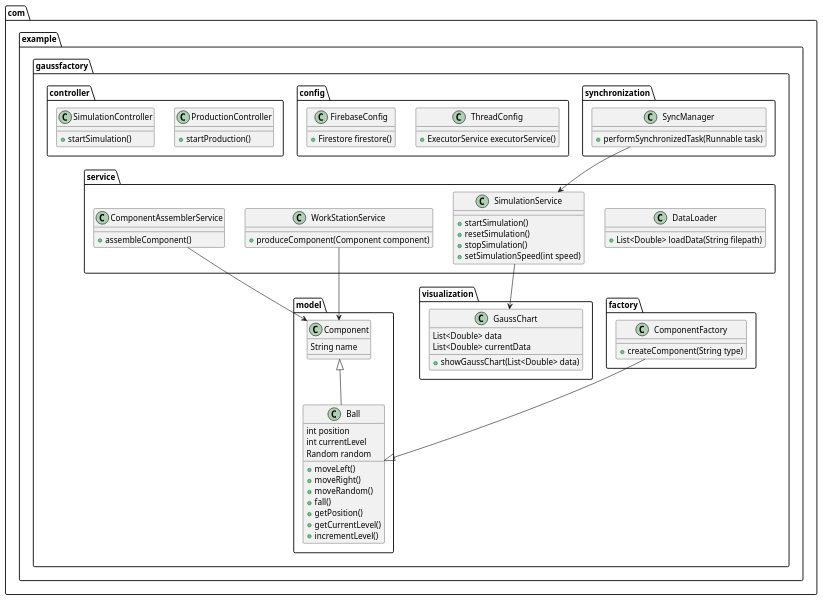
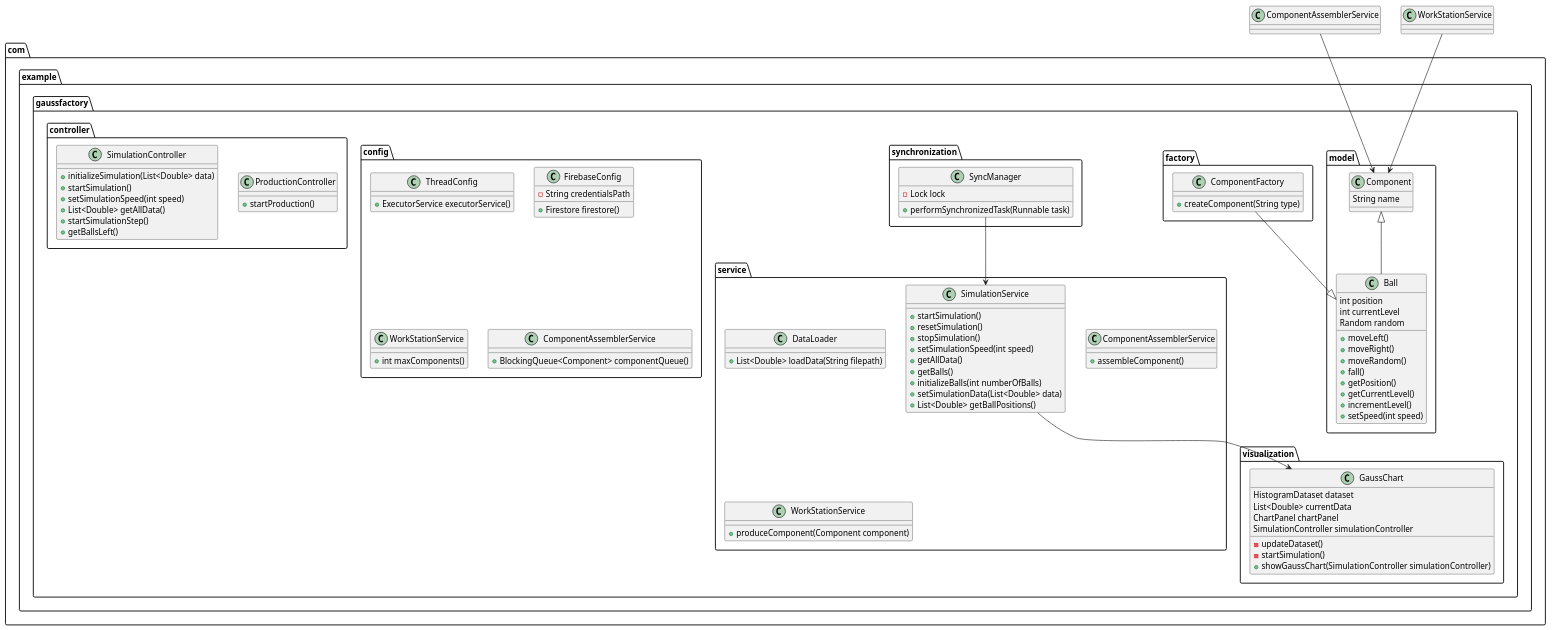
Before and after one commit to Tapiiaa/gaussfactoryExam: the diagram in src/main/java/com/example/gaussfactory/UML/Galton.puml, drawn with PlantUML. The commit also changed 1 other file, not shown here.

```diff
--- a/src/main/java/com/example/gaussfactory/UML/Galton.puml
+++ b/src/main/java/com/example/gaussfactory/UML/Galton.puml
@@ -1,89 +1,115 @@
 @startuml
 
 package com.example.gaussfactory.model {
     class Component {
         String name
     }
 
     class Ball extends Component {
         int position
         int currentLevel
         Random random
         + moveLeft()
         + moveRight()
         + moveRandom()
         + fall()
         + getPosition()
         + getCurrentLevel()
         + incrementLevel()
+        + setSpeed(int speed)
     }
 }
 
 package com.example.gaussfactory.service {
     class DataLoader {
         + List<Double> loadData(String filepath)
     }
 
     class ComponentAssemblerService {
         + assembleComponent()
     }
 
     class WorkStationService {
         + produceComponent(Component component)
     }
 
     class SimulationService {
         + startSimulation()
         + resetSimulation()
         + stopSimulation()
         + setSimulationSpeed(int speed)
+        + getAllData()
+        + getBalls()
+        + initializeBalls(int numberOfBalls)
+        + setSimulationData(List<Double> data)
+        + List<Double> getBallPositions()
+
     }
 }
 
 package com.example.gaussfactory.factory {
     class ComponentFactory {
         + createComponent(String type)
     }
 }
 
 package com.example.gaussfactory.visualization {
     class GaussChart {
-        List<Double> data
+        HistogramDataset dataset
         List<Double> currentData
-        + showGaussChart(List<Double> data)
+        ChartPanel chartPanel
+        SimulationController simulationController
+        - updateDataset()
+        - startSimulation()
+        + showGaussChart(SimulationController simulationController)
     }
 }
 
 package com.example.gaussfactory.synchronization {
     class SyncManager {
+        - Lock lock
         + performSynchronizedTask(Runnable task)
     }
 }
 
 package com.example.gaussfactory.config {
     class ThreadConfig {
         + ExecutorService executorService()
     }
 
     class FirebaseConfig {
+        - String credentialsPath
         + Firestore firestore()
+    }
+
+    class WorkStationService {
+        + int maxComponents()
+    }
+
+    class ComponentAssemblerService {
+        + BlockingQueue<Component> componentQueue()
     }
 }
 
 package com.example.gaussfactory.controller {
     class ProductionController {
         + startProduction()
     }
 
     class SimulationController {
+        + initializeSimulation(List<Double> data)
         + startSimulation()
+        + setSimulationSpeed(int speed)
+        + List<Double> getAllData()
+        + startSimulationStep()
+        + getBallsLeft()
     }
 }
 
 ComponentFactory --|> Ball
 ComponentAssemblerService --> Component
 WorkStationService --> Component
 SyncManager --> SimulationService
 SimulationService --> GaussChart
 
 @enduml
```
